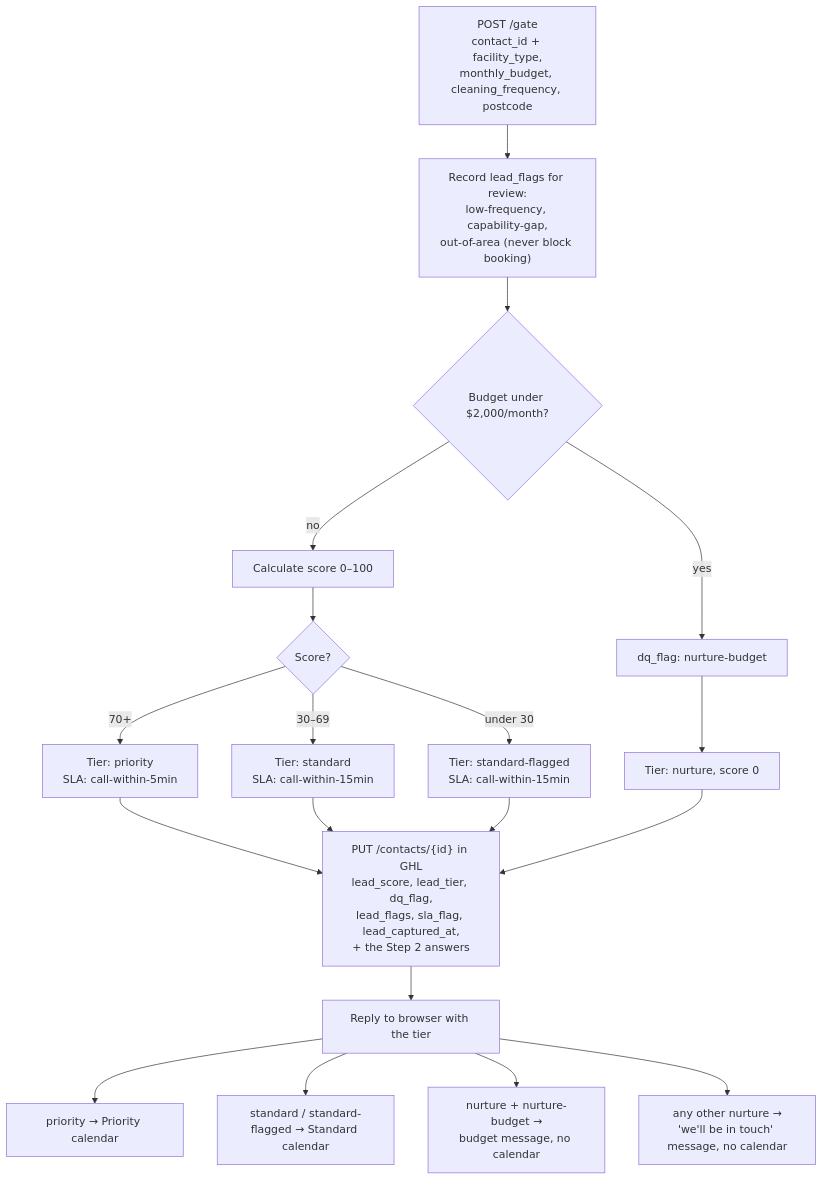
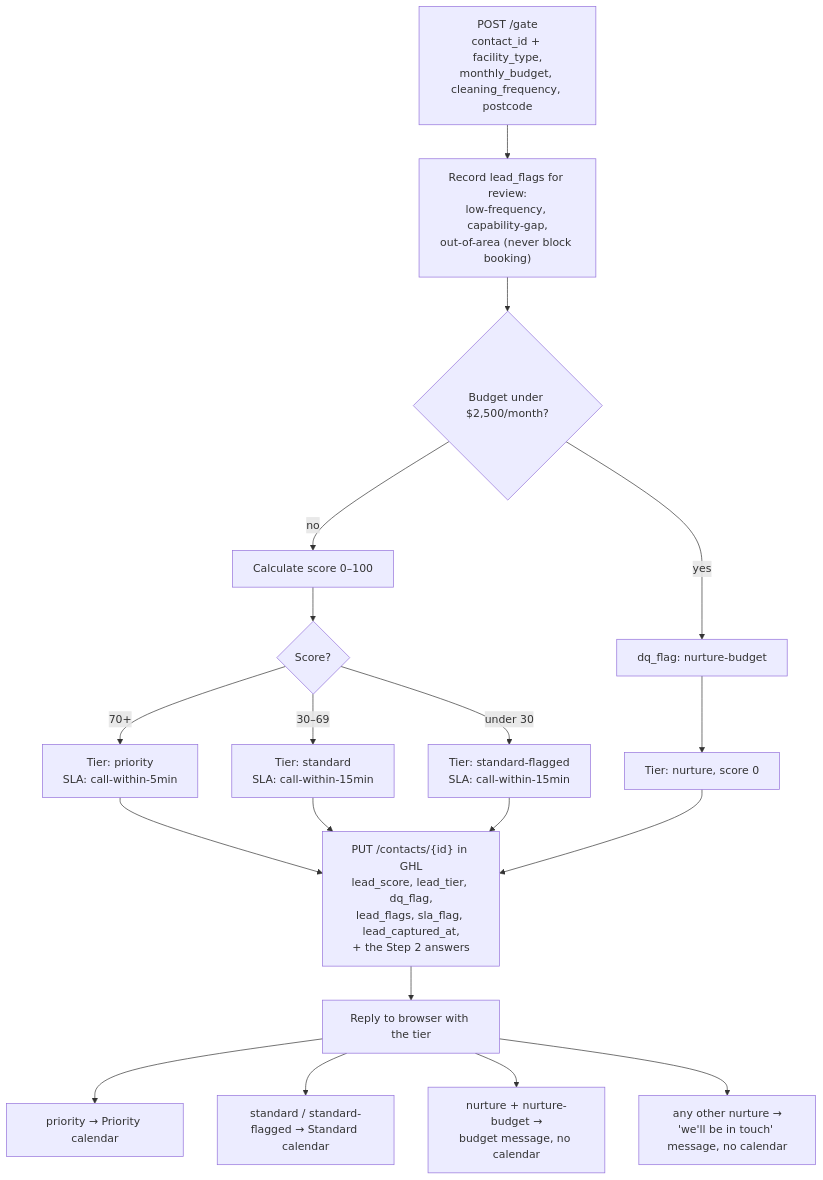
The fifth of 11 diagrams in docs/WORKER.md (VantagePointFacilityServices/vpfs-website), drawn with Mermaid before and after one commit. The commit also changed other lines of this file and 4 other files, not shown here.

````diff
--- a/docs/WORKER.md
+++ b/docs/WORKER.md
@@ -298,22 +298,22 @@
 ```mermaid
 flowchart TD
     IN["POST /gate<br/>contact_id + facility_type,<br/>monthly_budget, cleaning_frequency, postcode"]
     IN --> FL["Record lead_flags for review:<br/>low-frequency, capability-gap,<br/>out-of-area (never block booking)"]
-    FL --> D1{"Budget under $2,000/month?"}
+    FL --> D1{"Budget under $2,500/month?"}
     D1 -- yes --> N1["dq_flag: nurture-budget"]
     D1 -- no --> SC["Calculate score 0–100"]
 
     N1 --> NUR["Tier: nurture, score 0"]
     SC --> T{"Score?"}
     T -- "70+" --> PR["Tier: priority<br/>SLA: call-within-5min"]
     T -- "30–69" --> ST["Tier: standard<br/>SLA: call-within-15min"]
     T -- "under 30" --> SF["Tier: standard-flagged<br/>SLA: call-within-15min"]
 
     PR & ST & SF & NUR --> WB["PUT /contacts/{id} in GHL<br/>lead_score, lead_tier, dq_flag,<br/>lead_flags, sla_flag, lead_captured_at,<br/>+ the Step 2 answers"]
     WB --> OUT["Reply to browser with the tier"]
 
     OUT --> C1["priority → Priority calendar"]
     OUT --> C2["standard / standard-flagged → Standard calendar"]
     OUT --> C3["nurture + nurture-budget →<br/>budget message, no calendar"]
     OUT --> C4["any other nurture →<br/>'we'll be in touch' message, no calendar"]
 ```
````
